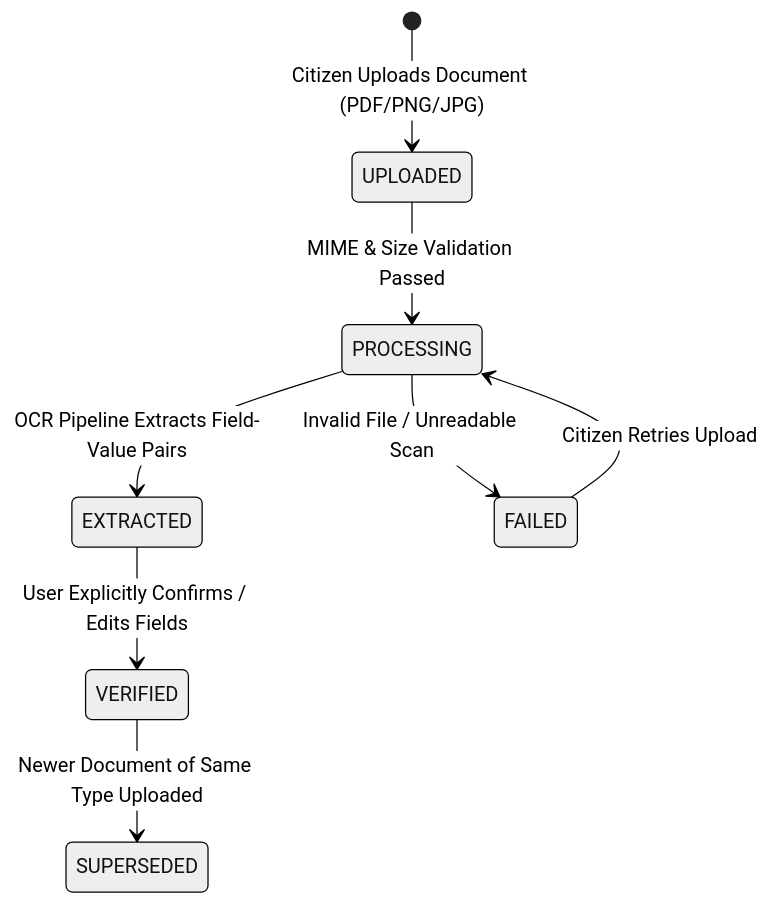
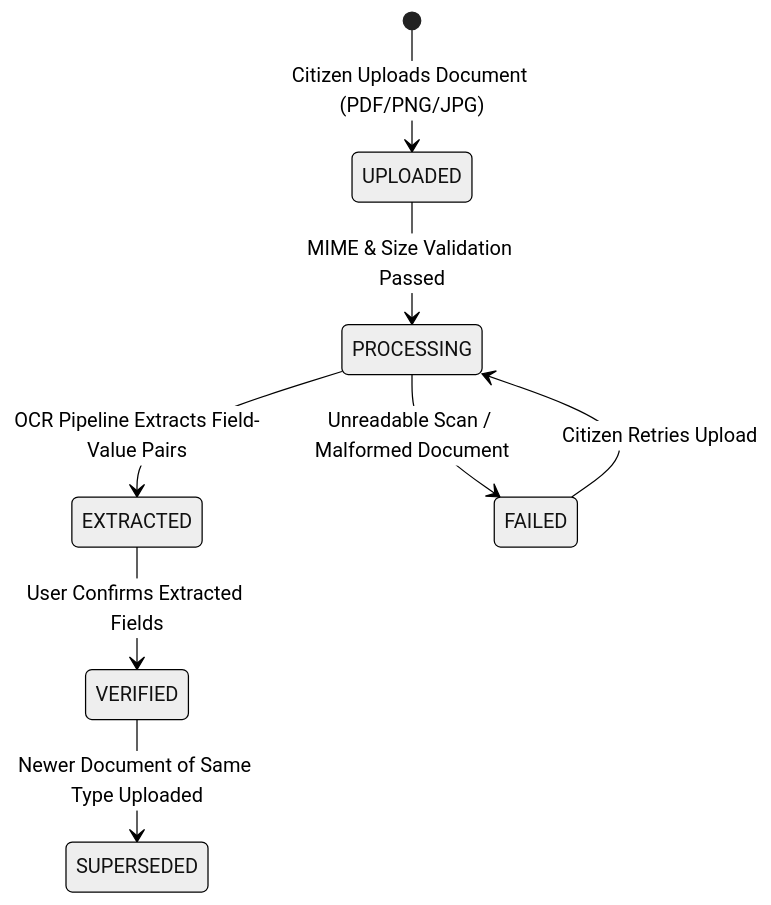
The second of 2 diagrams in README.md (SaiSankeerth-dev/Formly), drawn with Mermaid (neutral theme) before and after one commit. The commit also changed other lines of this file and 3 other files, not shown here.

````diff
--- a/README.md
+++ b/README.md
@@ -76,10 +122,10 @@
 ```mermaid
 stateDiagram-v2
     [*] --> UPLOADED: Citizen Uploads Document (PDF/PNG/JPG)
     UPLOADED --> PROCESSING: MIME & Size Validation Passed
     PROCESSING --> EXTRACTED: OCR Pipeline Extracts Field-Value Pairs
-    PROCESSING --> FAILED: Invalid File / Unreadable Scan
-    EXTRACTED --> VERIFIED: User Explicitly Confirms / Edits Fields
+    PROCESSING --> FAILED: Unreadable Scan / Malformed Document
+    EXTRACTED --> VERIFIED: User Confirms Extracted Fields
     VERIFIED --> SUPERSEDED: Newer Document of Same Type Uploaded
     FAILED --> PROCESSING: Citizen Retries Upload
 ```
````
